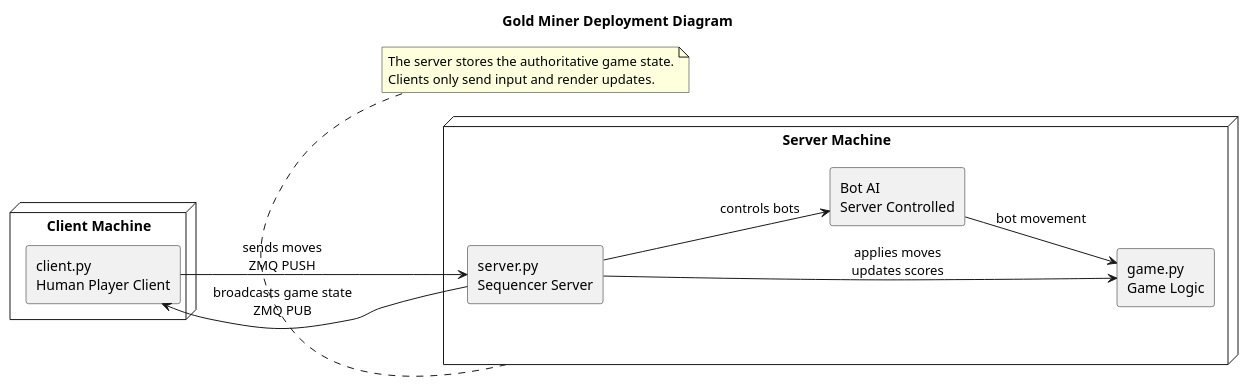
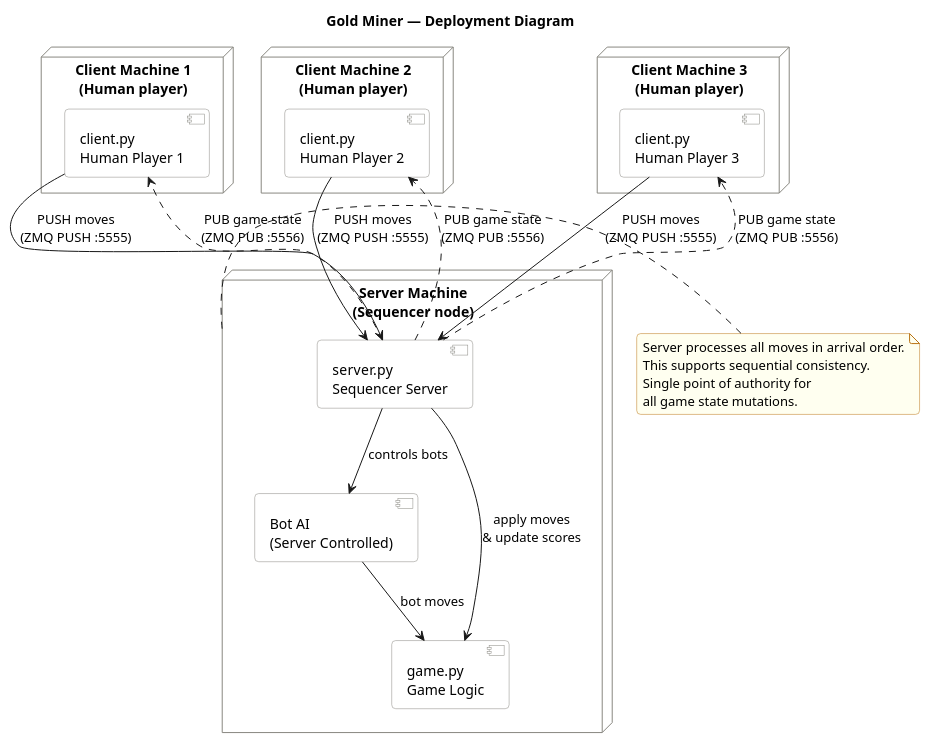
Before and after one commit to prajitabhandari1234/COIT13229-Applied-Distributed-Systems-Assignment-2: the diagram in plantuml code/deploymentDiagram.puml, drawn with PlantUML.

Commit message:
Update deployment diagram

```diff
--- a/plantuml code/deploymentDiagram.puml
+++ b/plantuml code/deploymentDiagram.puml
@@ -1,30 +1,48 @@
 @startuml
-title Gold Miner Deployment Diagram
+skinparam roundcorner 8
+skinparam nodeBackgroundColor #FFFFFF
+skinparam nodeBorderColor #888780
+skinparam componentBackgroundColor #FFFFFF
+skinparam componentBorderColor #888780
+skinparam noteBackgroundColor #FFFFF0
+skinparam noteBorderColor #BA7517
 
-skinparam shadowing false
-skinparam componentStyle rectangle
-left to right direction
+title Gold Miner — Deployment Diagram
 
-node "Client Machine" as Client {
-  component "client.py\nHuman Player Client" as C
+node "Client Machine 1\n(Human player)" as CM1 {
+  component "client.py\nHuman Player 1" as C1
 }
 
-node "Server Machine" as Server {
-  component "server.py\nSequencer Server" as S
-  component "game.py\nGame Logic" as G
-  component "Bot AI\nServer Controlled" as B
+node "Client Machine 2\n(Human player)" as CM2 {
+  component "client.py\nHuman Player 2" as C2
 }
 
-C --> S : sends moves\nZMQ PUSH
-S --> C : broadcasts game state\nZMQ PUB
+node "Client Machine 3\n(Human player)" as CM3 {
+  component "client.py\nHuman Player 3" as C3
+}
 
-S --> G : applies moves\nupdates scores
-S --> B : controls bots
-B --> G : bot movement
+node "Server Machine\n(Sequencer node)" as SM {
+  component "server.py\nSequencer Server" as SRV
+  component "Bot AI\n(Server Controlled)" as BOT
+  component "game.py\nGame Logic" as GAME
 
-note bottom of Server
-The server stores the authoritative game state.
-Clients only send input and render updates.
+  SRV --> BOT : controls bots
+  SRV --> GAME : apply moves\n& update scores
+  BOT --> GAME : bot moves
+}
+
+C1 --> SRV : PUSH moves\n(ZMQ PUSH :5555)
+C2 --> SRV : PUSH moves\n(ZMQ PUSH :5555)
+C3 --> SRV : PUSH moves\n(ZMQ PUSH :5555)
+
+SRV ..> C1 : PUB game state\n(ZMQ PUB :5556)
+SRV ..> C2 : PUB game state\n(ZMQ PUB :5556)
+SRV ..> C3 : PUB game state\n(ZMQ PUB :5556)
+
+note right of SM
+  Server processes all moves in arrival order.
+  This supports sequential consistency.
+  Single point of authority for
+  all game state mutations.
 end note
-
 @enduml
```
